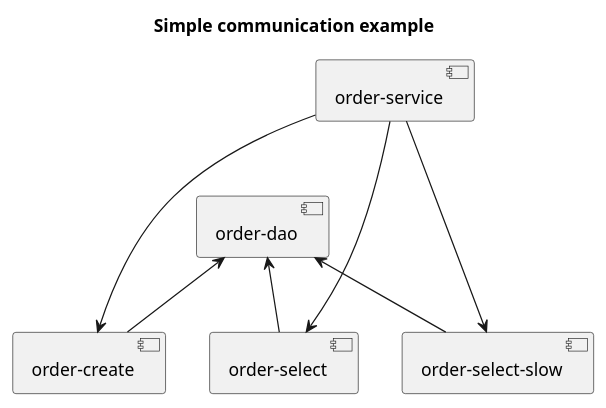
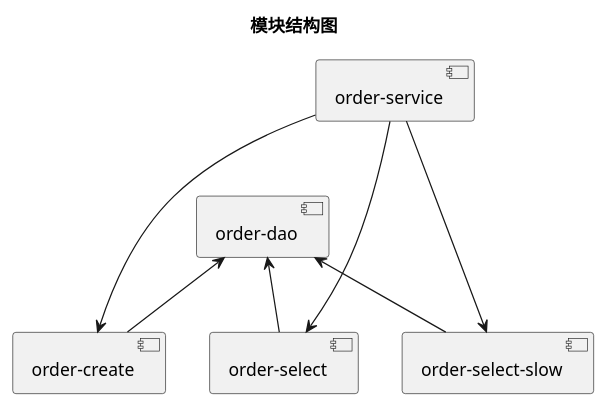
Before and after one commit to javy-liu/jmh: the diagram in 系统结构.puml, drawn with PlantUML. The commit also changed 19 other files, not shown here.

```diff
--- a/系统结构.puml
+++ b/系统结构.puml
@@ -1,13 +1,13 @@
 @startuml
 
-title Simple communication example
+title 模块结构图
 
 [order-service] ---> [order-create]
 [order-service] ---> [order-select]
 [order-service] ---> [order-select-slow]
 
 [order-dao] <-- [order-create]
 [order-dao] <-- [order-select]
 [order-dao] <-- [order-select-slow]
 
 @enduml
```
